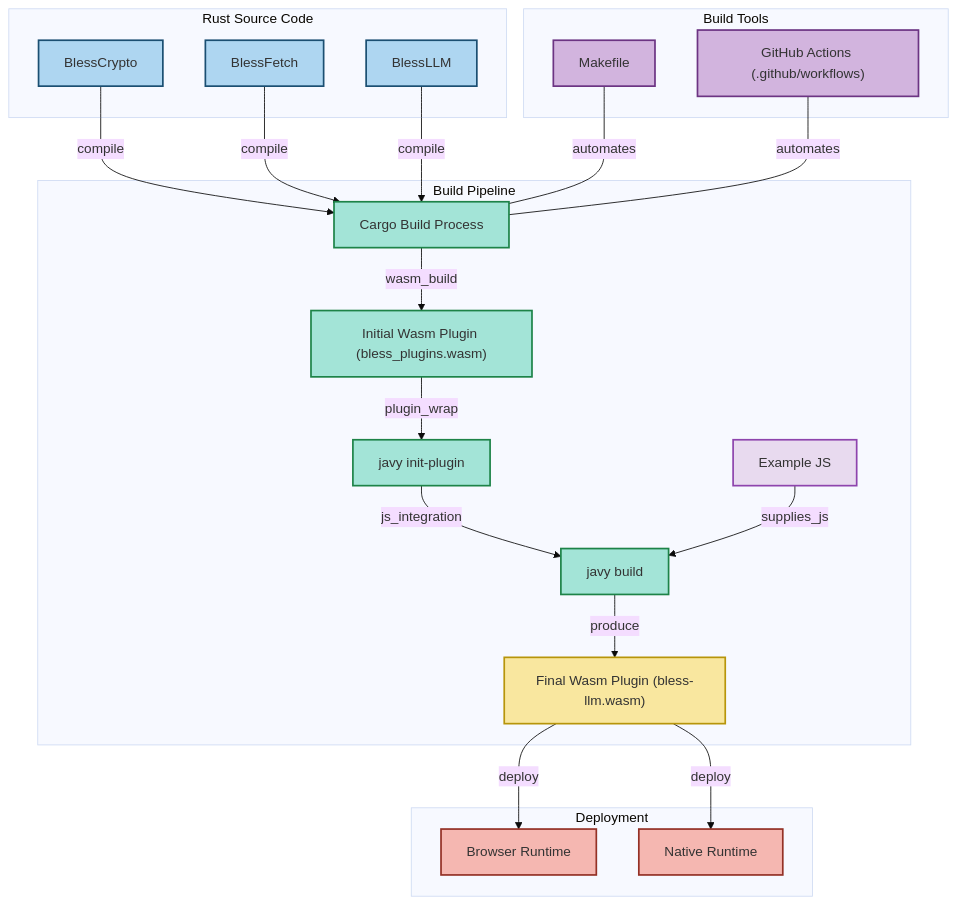
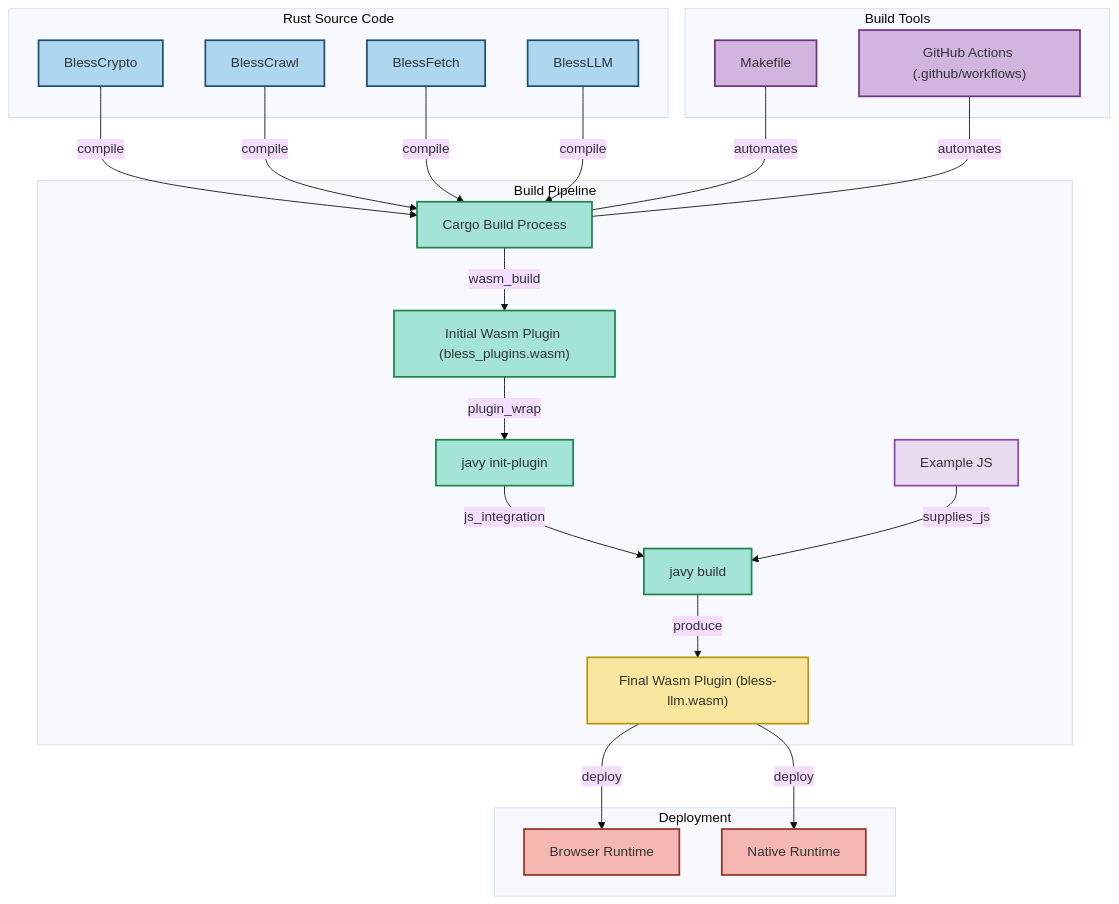
One commit to blessnetwork/javy-bless-plugins changed the diagram in README.md. Above: the diagram before and after it, drawn with Mermaid (base theme). The commit also changed other lines of this file, not shown here.

Commit message:
readme upd

````diff
--- a/README.md
+++ b/README.md
@@ -15,64 +16,67 @@
 ```mermaid
 flowchart TD
     subgraph "Rust Source Code"
         BC["BlessCrypto"]:::source
+        BCR["BlessCrawl"]:::source
         BF["BlessFetch"]:::source
         BL["BlessLLM"]:::source
     end
 
     subgraph "Build Pipeline"
         CBP["Cargo Build Process"]:::build
         IWP["Initial Wasm Plugin (bless_plugins.wasm)"]:::build
         JI["javy init-plugin"]:::build
         JB["javy build"]:::build
         FWP["Final Wasm Plugin (bless-llm.wasm)"]:::output
         EJS["Example JS"]:::js
     end
 
     subgraph "Deployment"
         BROWSER["Browser Runtime"]:::deploy
         NATIVE["Native Runtime"]:::deploy
     end
 
     subgraph "Build Tools"
         MF["Makefile"]:::automation
         GHA["GitHub Actions (.github/workflows)"]:::automation
     end
 
     %% Connections: Rust Modules to Build Pipeline
     BC -->|"compile"| CBP
+    BCR -->|"compile"| CBP
     BF -->|"compile"| CBP
     BL -->|"compile"| CBP
 
     %% Build Pipeline Flow
     CBP -->|"wasm_build"| IWP
     IWP -->|"plugin_wrap"| JI
     JI -->|"js_integration"| JB
     EJS -->|"supplies_js"| JB
     JB -->|"produce"| FWP
 
     %% Deployment Connections
     FWP -->|"deploy"| BROWSER
     FWP -->|"deploy"| NATIVE
 
     %% Build Tools Automating Build Process
     MF ---|"automates"| CBP
     GHA ---|"automates"| CBP
 
     %% Click Events
     click BC "https://github.com/blessnetwork/javy-bless-plugins/tree/main/src/crypto"
+    click BCR "https://github.com/blessnetwork/javy-bless-plugins/tree/main/src/crawl"
     click BF "https://github.com/blessnetwork/javy-bless-plugins/tree/main/src/fetch"
     click BL "https://github.com/blessnetwork/javy-bless-plugins/tree/main/src/llm"
     click EJS "https://github.com/blessnetwork/javy-bless-plugins/blob/main/examples/llm.js"
     click CBP "https://github.com/blessnetwork/javy-bless-plugins/blob/main/Cargo.toml"
     click MF "https://github.com/blessnetwork/javy-bless-plugins/tree/main/Makefile"
     click GHA "https://github.com/blessnetwork/javy-bless-plugins/tree/main/.github/workflows"
 
     %% Styles
     classDef source fill:#AED6F1,stroke:#1B4F72,stroke-width:2px;
     classDef build fill:#A3E4D7,stroke:#1D8348,stroke-width:2px;
     classDef output fill:#F9E79F,stroke:#B7950B,stroke-width:2px;
     classDef deploy fill:#F5B7B1,stroke:#943126,stroke-width:2px;
     classDef automation fill:#D2B4DE,stroke:#6C3483,stroke-width:2px;
     classDef js fill:#E8DAEF,stroke:#8E44AD,stroke-width:2px;
 ```
````
